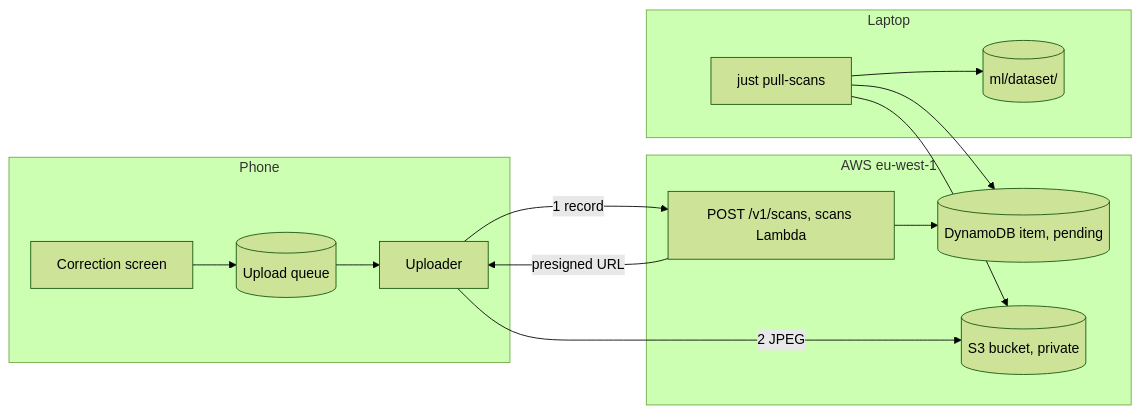
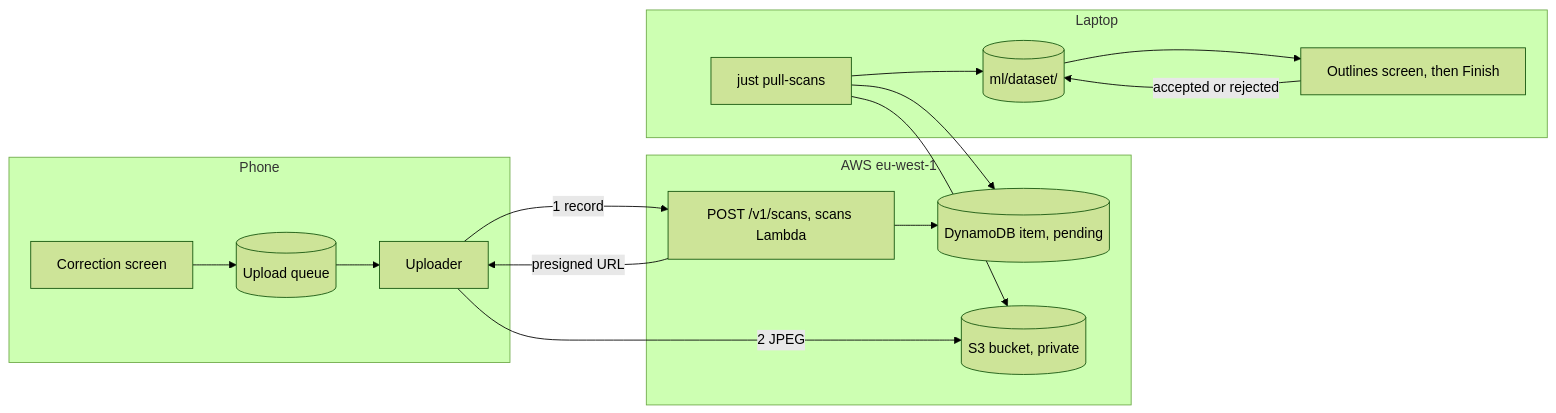
Before and after one commit to vandemaelefelix/sudoku: the diagram in docs/architecture/00-concepts/scan-collection.md, drawn with Mermaid (forest theme). The commit also changed other lines of this file and 25 other files, not shown here.

First line of the commit message:
feat(ml): check the outline of each uploaded scan on an Outlines screen (#252)

````diff
--- a/docs/architecture/00-concepts/scan-collection.md
+++ b/docs/architecture/00-concepts/scan-collection.md
@@ -47,19 +73,21 @@
 ```mermaid
 flowchart LR
   subgraph Phone
     correct["Correction screen"] --> queue[("Upload queue")]
     queue --> uploader["Uploader"]
   end
   subgraph AWS["AWS eu-west-1"]
     route["POST /v1/scans, scans Lambda"] --> db[("DynamoDB item, pending")]
     s3[("S3 bucket, private")]
   end
   subgraph Laptop
     pull["just pull-scans"] --> dataset[("ml/dataset/")]
+    dataset --> review["Outlines screen, then Finish"]
+    review -- "accepted or rejected" --> dataset
   end
   uploader -- "1 record" --> route
   route -- "presigned URL" --> uploader
   uploader -- "2 JPEG" --> s3
   pull --> db
   pull --> s3
 ```
````
